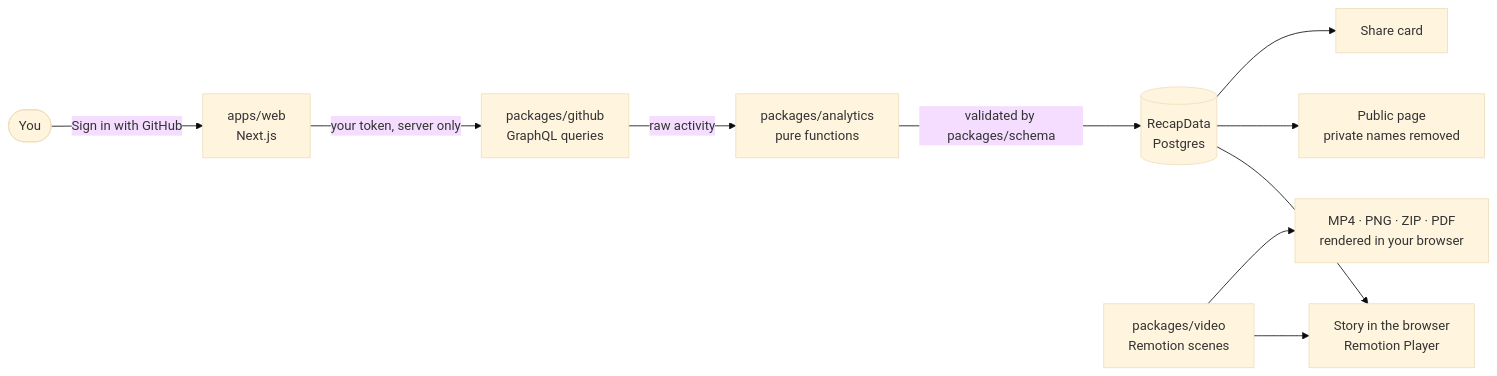
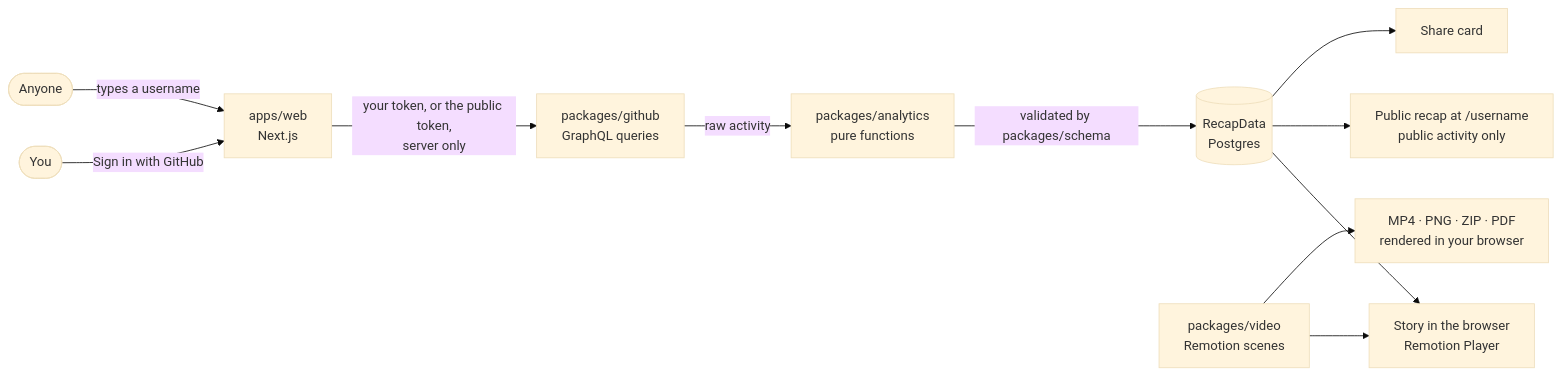
The diagram in README.md (habibiahmada/wrapyourgit), drawn with Mermaid (base theme) before and after one commit. The commit also changed other lines of this file and 4 other files, not shown here.

First line of the commit message:
docs: ADR-0019, every username has a recap

````diff
--- a/README.md
+++ b/README.md
@@ -145,12 +146,13 @@
 ```mermaid
 flowchart LR
   user([You]) -->|Sign in with GitHub| web[apps/web<br>Next.js]
-  web -->|your token, server only| gh[packages/github<br>GraphQL queries]
+  visitor([Anyone]) -->|types a username| web
+  web -->|your token, or the public token,<br>server only| gh[packages/github<br>GraphQL queries]
   gh -->|raw activity| an[packages/analytics<br>pure functions]
   an -->|validated by packages/schema| rd[(RecapData<br>Postgres)]
   rd --> player[Story in the browser<br>Remotion Player]
-  rd --> pub[Public page<br>private names removed]
+  rd --> pub[Public recap at /username<br>public activity only]
   rd --> card[Share card]
   video[packages/video<br>Remotion scenes] --> player
   video --> exports[MP4 · PNG · ZIP · PDF<br>rendered in your browser]
 ```
````
